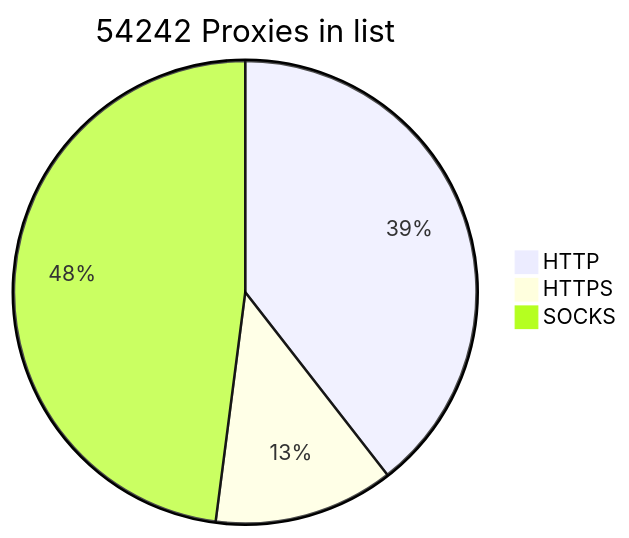
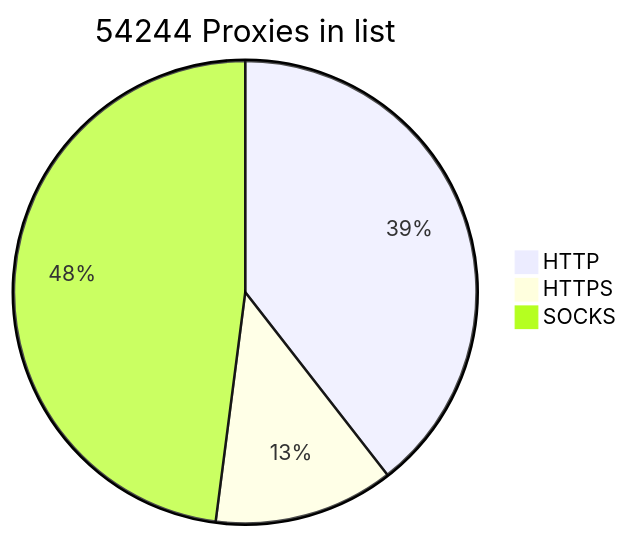
One commit to BlackSnowDot/proxylist-update-every-minute changed the diagram in README.md. Above: the diagram before and after it, drawn with Mermaid.

````diff
--- a/README.md
+++ b/README.md
@@ -2,6 +2,6 @@
 ```mermaid
-pie title 54242 Proxies in list
+pie title 54244 Proxies in list
     "HTTP" : 23971
     "HTTPS": 7637
-    "SOCKS" : 29123
+    "SOCKS" : 29125
 ```
````
